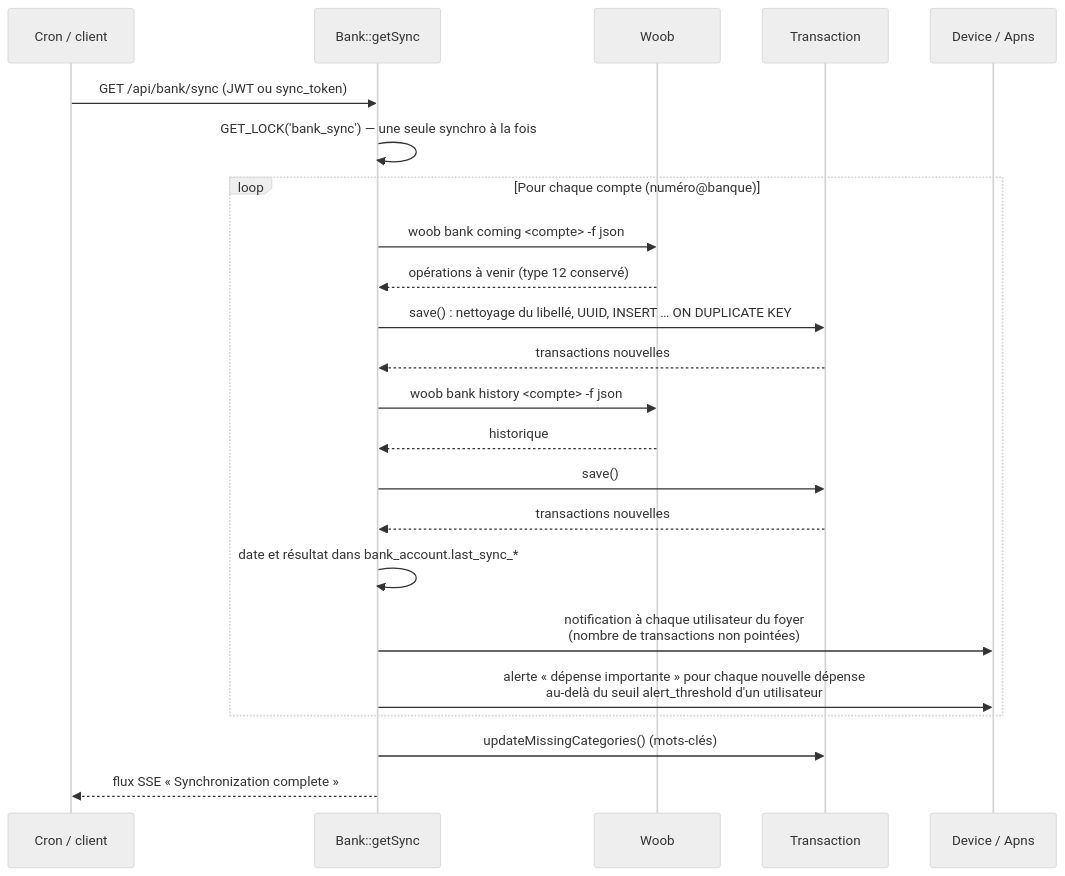
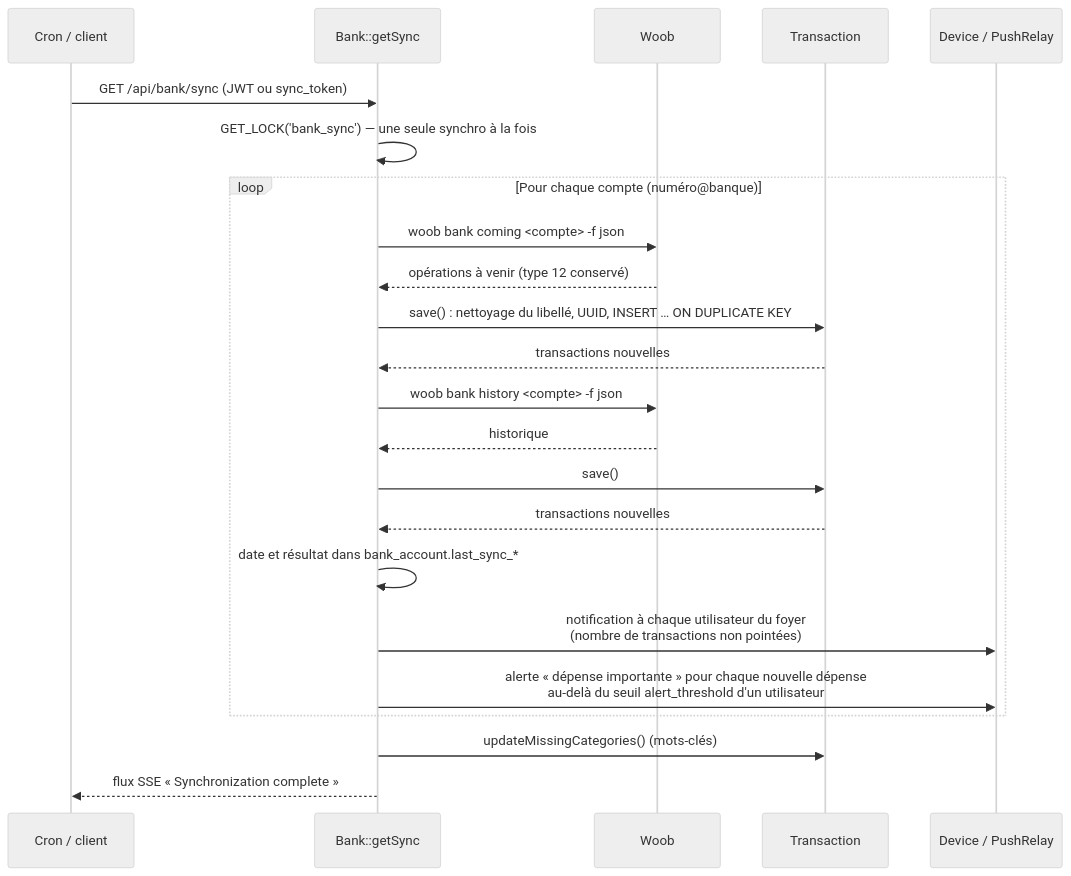
One commit to ltoinel/Carbure changed the third of 4 diagrams in docs/architecture.md. Above: the diagram before and after it, drawn with Mermaid (neutral theme). The commit also changed other lines of this file and 57 other files, not shown here.

First line of the commit message:
feat(api): send the push notifications through the Carbure Push relay

````diff
--- a/docs/architecture.md
+++ b/docs/architecture.md
@@ -70,25 +72,25 @@
 ```mermaid
 sequenceDiagram
     participant P as Cron / client
     participant B as Bank::getSync
     participant W as Woob
     participant T as Transaction
-    participant D as Device / Apns
+    participant D as Device / PushRelay
     P->>B: GET /api/bank/sync (JWT ou sync_token)
     B->>B: GET_LOCK('bank_sync') — une seule synchro à la fois
     loop Pour chaque compte (numéro@banque)
         B->>W: woob bank coming <compte> -f json
         W-->>B: opérations à venir (type 12 conservé)
         B->>T: save() : nettoyage du libellé, UUID, INSERT … ON DUPLICATE KEY
         T-->>B: transactions nouvelles
         B->>W: woob bank history <compte> -f json
         W-->>B: historique
         B->>T: save()
         T-->>B: transactions nouvelles
         B->>B: date et résultat dans bank_account.last_sync_*
         B->>D: notification à chaque utilisateur du foyer<br/>(nombre de transactions non pointées)
         B->>D: alerte « dépense importante » pour chaque nouvelle dépense<br/>au-delà du seuil alert_threshold d'un utilisateur
     end
     B->>T: updateMissingCategories() (mots-clés)
     B-->>P: flux SSE « Synchronization complete »
 ```
````
